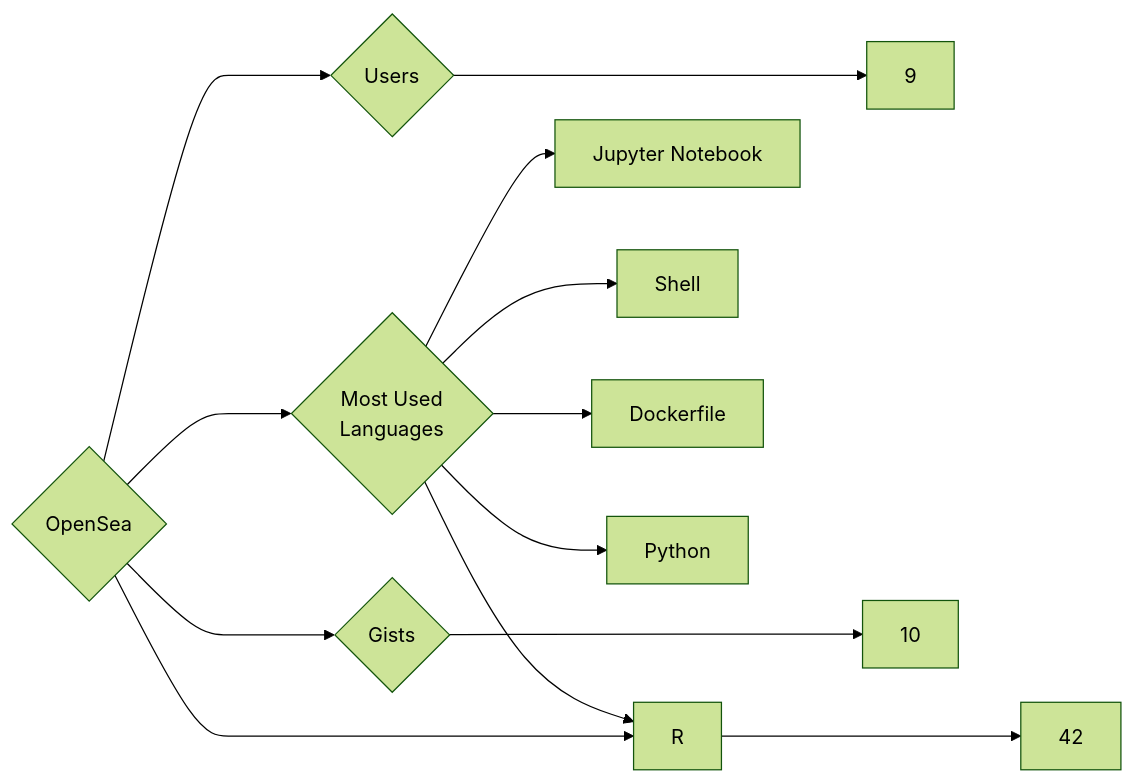
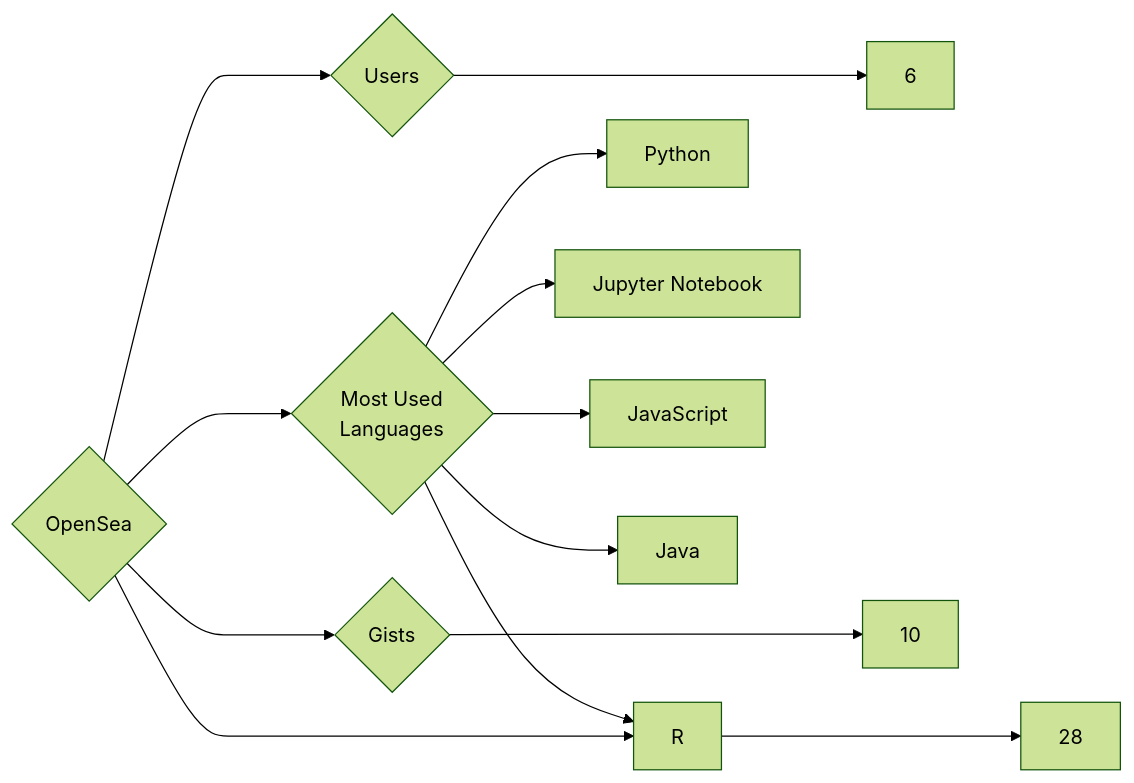
The diagram in targets/OpenSea/README.md (trickest/insiders), drawn with Mermaid (forest theme) before and after one commit. The commit also changed 1248 other files, not shown here.

````diff
--- a/targets/OpenSea/README.md
+++ b/targets/OpenSea/README.md
@@ -3,13 +3,13 @@
 ```mermaid
 graph LR
 COMPANY_NAME{OpenSea}
-COMPANY_NAME ---> U{Users} ---> UN[9]
-COMPANY_NAME ---> R{Repositories} ---> RN[42]
+COMPANY_NAME ---> U{Users} ---> UN[6]
+COMPANY_NAME ---> R{Repositories} ---> RN[28]
 COMPANY_NAME ---> G{Gists} ---> GN[10]
 COMPANY_NAME ---> ML{Most Used<br>Languages}
+ML --> Python[Python]
+ML --> R[R]
 ML --> Jupyter_Notebook[Jupyter Notebook]
-ML --> Shell[Shell]
-ML --> Dockerfile[Dockerfile]
-ML --> R[R]
-ML --> Python[Python]
+ML --> JavaScript[JavaScript]
+ML --> Java[Java]
 ```
````
